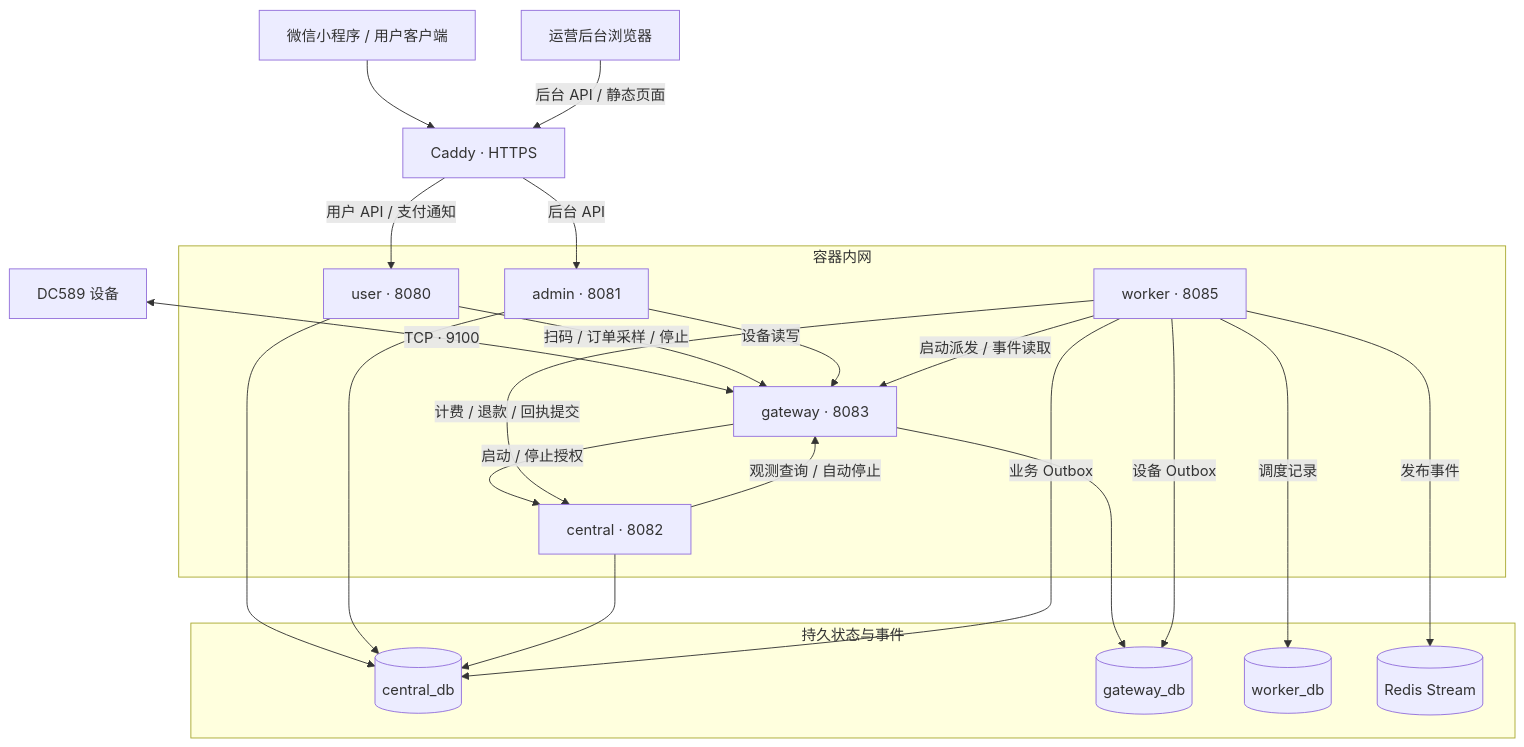
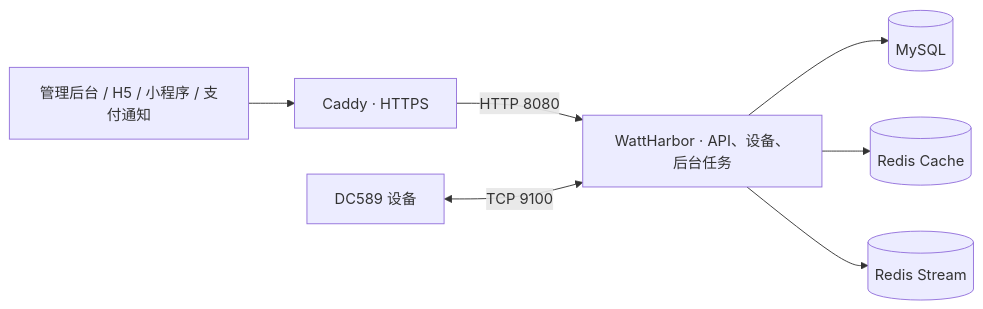
The first of 9 diagrams in README.md (Yangshifu1024/WattHarbor), drawn with Mermaid before and after one commit. The commit also changed other lines of this file and 54 other files, not shown here.

Commit message:
refactor: 统一为 WattHarbor 单体部署

````diff
--- a/README.md
+++ b/README.md
@@ -93,35 +86,9 @@
 ```mermaid
-flowchart TB
-    Client["微信小程序 / 用户客户端"] --> Edge["Caddy · HTTPS"]
-    Browser["运营后台浏览器"] -->|"后台 API / 静态页面"| Edge
-    Edge -->|"用户 API / 支付通知"| User["user · 8080"]
-    Edge -->|"后台 API"| Admin["admin · 8081"]
-    Device["DC589 设备"] <-->|"TCP · 9100"| Gateway["gateway · 8083"]
-    subgraph Internal["容器内网"]
-        User
-        Admin
-        Central["central · 8082"]
-        Gateway
-        Worker["worker · 8085"]
-        User -->|"扫码 / 订单采样 / 停止"| Gateway
-        Admin -->|"设备读写"| Gateway
-        Gateway -->|"启动 / 停止授权"| Central
-        Central -->|"观测查询 / 自动停止"| Gateway
-        Worker -->|"计费 / 退款 / 回执提交"| Central
-        Worker -->|"启动派发 / 事件读取"| Gateway
-    end
-    subgraph Storage["持久状态与事件"]
-        CDB[("central_db")]
-        GDB[("gateway_db")]
-        WDB[("worker_db")]
-        Stream[("Redis Stream")]
-    end
-    User --> CDB
-    Admin --> CDB
-    Central --> CDB
-    Gateway --> GDB
-    Worker -->|"业务 Outbox"| CDB
-    Worker -->|"设备 Outbox"| GDB
-    Worker -->|"调度记录"| WDB
-    Worker -->|"发布事件"| Stream
+flowchart LR
+    HTTP["管理后台 / H5 / 小程序 / 支付通知"] --> Caddy["Caddy · HTTPS"]
+    Caddy -->|"HTTP 8080"| App["WattHarbor · API、设备、后台任务"]
+    Device["DC589 设备"] <-->|"TCP 9100"| App
+    App --> Database[("MySQL")]
+    App --> Cache[("Redis Cache")]
+    App --> Stream[("Redis Stream")]
 ```
````
